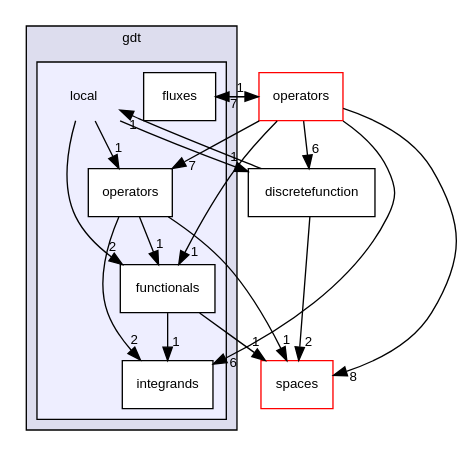
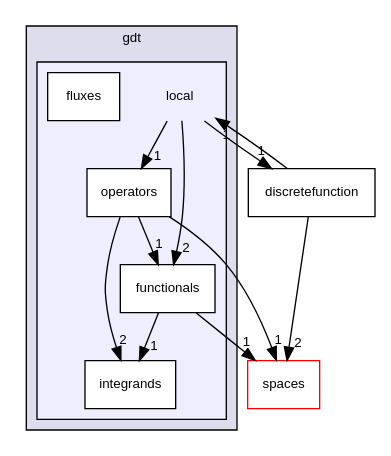
The diagram in docs/dune-gdt/master/dir_e5964b6fd5a6d82d96e1215fe4a1a66d_dep.dot (dune-community/dune-community.github.io), drawn with Graphviz before and after one commit. The commit also changed 3677 other files, not shown here.

```diff
--- a/docs/dune-gdt/master/dir_e5964b6fd5a6d82d96e1215fe4a1a66d_dep.dot
+++ b/docs/dune-gdt/master/dir_e5964b6fd5a6d82d96e1215fe4a1a66d_dep.dot
@@ -1,36 +1,28 @@
 digraph "local" {
   compound=true
   node [ fontsize="10", fontname="Helvetica"];
   edge [ labelfontsize="10", labelfontname="Helvetica"];
   subgraph clusterdir_34906b46abd2322068aa0195bd244708 {
     graph [ bgcolor="#ddddee", pencolor="black", label="gdt" fontname="Helvetica", fontsize="10", URL="dir_34906b46abd2322068aa0195bd244708.html"]
   subgraph clusterdir_e5964b6fd5a6d82d96e1215fe4a1a66d {
     graph [ bgcolor="#eeeeff", pencolor="black", label="" URL="dir_e5964b6fd5a6d82d96e1215fe4a1a66d.html"];
     dir_e5964b6fd5a6d82d96e1215fe4a1a66d [shape=plaintext label="local"];
     dir_b3c312569a7138f19b17aa14076f1d0d [shape=box label="fluxes" color="black" fillcolor="white" style="filled" URL="dir_b3c312569a7138f19b17aa14076f1d0d.html"];
     dir_262cee5b2b3b116ee4f96d945dc86388 [shape=box label="functionals" color="black" fillcolor="white" style="filled" URL="dir_262cee5b2b3b116ee4f96d945dc86388.html"];
     dir_13333c67dd5bfe26178e02e0e92e587e [shape=box label="integrands" color="black" fillcolor="white" style="filled" URL="dir_13333c67dd5bfe26178e02e0e92e587e.html"];
     dir_897d860e0e1e77b53d604c7cb60fd2d2 [shape=box label="operators" color="black" fillcolor="white" style="filled" URL="dir_897d860e0e1e77b53d604c7cb60fd2d2.html"];
   }
   }
   dir_e555b9af892587a8ff0beb600029e8f8 [shape=box label="discretefunction" URL="dir_e555b9af892587a8ff0beb600029e8f8.html"];
   dir_43d0cc378a1b7044a9ebea179385123e [shape=box label="spaces" fillcolor="white" style="filled" color="red" URL="dir_43d0cc378a1b7044a9ebea179385123e.html"];
-  dir_8eae17099f455a1cfbd2c25e13098b8a [shape=box label="operators" fillcolor="white" style="filled" color="red" URL="dir_8eae17099f455a1cfbd2c25e13098b8a.html"];
-  dir_e5964b6fd5a6d82d96e1215fe4a1a66d->dir_e555b9af892587a8ff0beb600029e8f8 [headlabel="1", labeldistance=1.5 headhref="dir_000007_000016.html"];
-  dir_e5964b6fd5a6d82d96e1215fe4a1a66d->dir_262cee5b2b3b116ee4f96d945dc86388 [headlabel="2", labeldistance=1.5 headhref="dir_000007_000028.html"];
-  dir_e5964b6fd5a6d82d96e1215fe4a1a66d->dir_897d860e0e1e77b53d604c7cb60fd2d2 [headlabel="1", labeldistance=1.5 headhref="dir_000007_000024.html"];
-  dir_e555b9af892587a8ff0beb600029e8f8->dir_e5964b6fd5a6d82d96e1215fe4a1a66d [headlabel="1", labeldistance=1.5 headhref="dir_000016_000007.html"];
-  dir_e555b9af892587a8ff0beb600029e8f8->dir_43d0cc378a1b7044a9ebea179385123e [headlabel="2", labeldistance=1.5 headhref="dir_000016_000014.html"];
-  dir_8eae17099f455a1cfbd2c25e13098b8a->dir_13333c67dd5bfe26178e02e0e92e587e [headlabel="6", labeldistance=1.5 headhref="dir_000005_000026.html"];
-  dir_8eae17099f455a1cfbd2c25e13098b8a->dir_e555b9af892587a8ff0beb600029e8f8 [headlabel="6", labeldistance=1.5 headhref="dir_000005_000016.html"];
-  dir_8eae17099f455a1cfbd2c25e13098b8a->dir_43d0cc378a1b7044a9ebea179385123e [headlabel="8", labeldistance=1.5 headhref="dir_000005_000014.html"];
-  dir_8eae17099f455a1cfbd2c25e13098b8a->dir_262cee5b2b3b116ee4f96d945dc86388 [headlabel="1", labeldistance=1.5 headhref="dir_000005_000028.html"];
-  dir_8eae17099f455a1cfbd2c25e13098b8a->dir_897d860e0e1e77b53d604c7cb60fd2d2 [headlabel="7", labeldistance=1.5 headhref="dir_000005_000024.html"];
-  dir_8eae17099f455a1cfbd2c25e13098b8a->dir_b3c312569a7138f19b17aa14076f1d0d [headlabel="7", labeldistance=1.5 headhref="dir_000005_000009.html"];
-  dir_262cee5b2b3b116ee4f96d945dc86388->dir_13333c67dd5bfe26178e02e0e92e587e [headlabel="1", labeldistance=1.5 headhref="dir_000028_000026.html"];
-  dir_262cee5b2b3b116ee4f96d945dc86388->dir_43d0cc378a1b7044a9ebea179385123e [headlabel="1", labeldistance=1.5 headhref="dir_000028_000014.html"];
-  dir_897d860e0e1e77b53d604c7cb60fd2d2->dir_13333c67dd5bfe26178e02e0e92e587e [headlabel="2", labeldistance=1.5 headhref="dir_000024_000026.html"];
-  dir_897d860e0e1e77b53d604c7cb60fd2d2->dir_43d0cc378a1b7044a9ebea179385123e [headlabel="1", labeldistance=1.5 headhref="dir_000024_000014.html"];
-  dir_897d860e0e1e77b53d604c7cb60fd2d2->dir_262cee5b2b3b116ee4f96d945dc86388 [headlabel="1", labeldistance=1.5 headhref="dir_000024_000028.html"];
-  dir_b3c312569a7138f19b17aa14076f1d0d->dir_8eae17099f455a1cfbd2c25e13098b8a [headlabel="1", labeldistance=1.5 headhref="dir_000009_000005.html"];
+  dir_e5964b6fd5a6d82d96e1215fe4a1a66d->dir_e555b9af892587a8ff0beb600029e8f8 [headlabel="1", labeldistance=1.5 headhref="dir_000005_000014.html"];
+  dir_e5964b6fd5a6d82d96e1215fe4a1a66d->dir_262cee5b2b3b116ee4f96d945dc86388 [headlabel="2", labeldistance=1.5 headhref="dir_000005_000027.html"];
+  dir_e5964b6fd5a6d82d96e1215fe4a1a66d->dir_897d860e0e1e77b53d604c7cb60fd2d2 [headlabel="1", labeldistance=1.5 headhref="dir_000005_000022.html"];
+  dir_e555b9af892587a8ff0beb600029e8f8->dir_e5964b6fd5a6d82d96e1215fe4a1a66d [headlabel="1", labeldistance=1.5 headhref="dir_000014_000005.html"];
+  dir_e555b9af892587a8ff0beb600029e8f8->dir_43d0cc378a1b7044a9ebea179385123e [headlabel="2", labeldistance=1.5 headhref="dir_000014_000012.html"];
+  dir_262cee5b2b3b116ee4f96d945dc86388->dir_13333c67dd5bfe26178e02e0e92e587e [headlabel="1", labeldistance=1.5 headhref="dir_000027_000024.html"];
+  dir_262cee5b2b3b116ee4f96d945dc86388->dir_43d0cc378a1b7044a9ebea179385123e [headlabel="1", labeldistance=1.5 headhref="dir_000027_000012.html"];
+  dir_897d860e0e1e77b53d604c7cb60fd2d2->dir_13333c67dd5bfe26178e02e0e92e587e [headlabel="2", labeldistance=1.5 headhref="dir_000022_000024.html"];
+  dir_897d860e0e1e77b53d604c7cb60fd2d2->dir_43d0cc378a1b7044a9ebea179385123e [headlabel="1", labeldistance=1.5 headhref="dir_000022_000012.html"];
+  dir_897d860e0e1e77b53d604c7cb60fd2d2->dir_262cee5b2b3b116ee4f96d945dc86388 [headlabel="1", labeldistance=1.5 headhref="dir_000022_000027.html"];
 }
```
